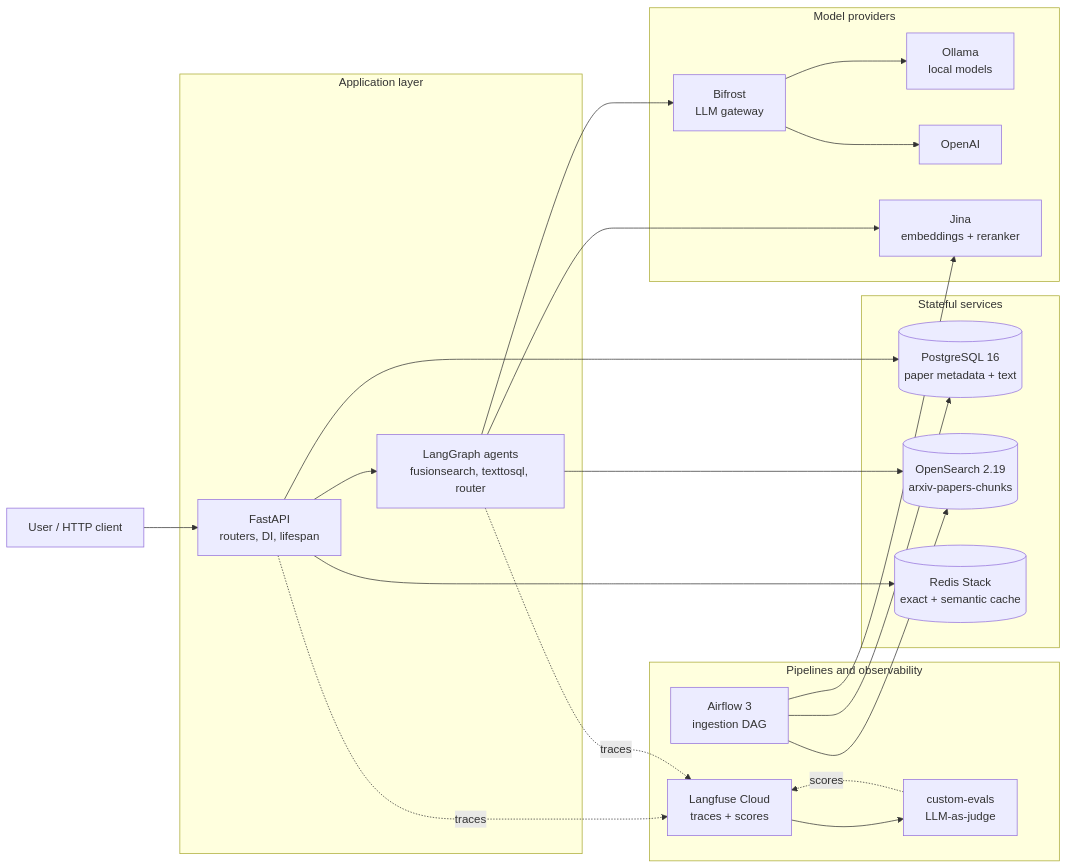
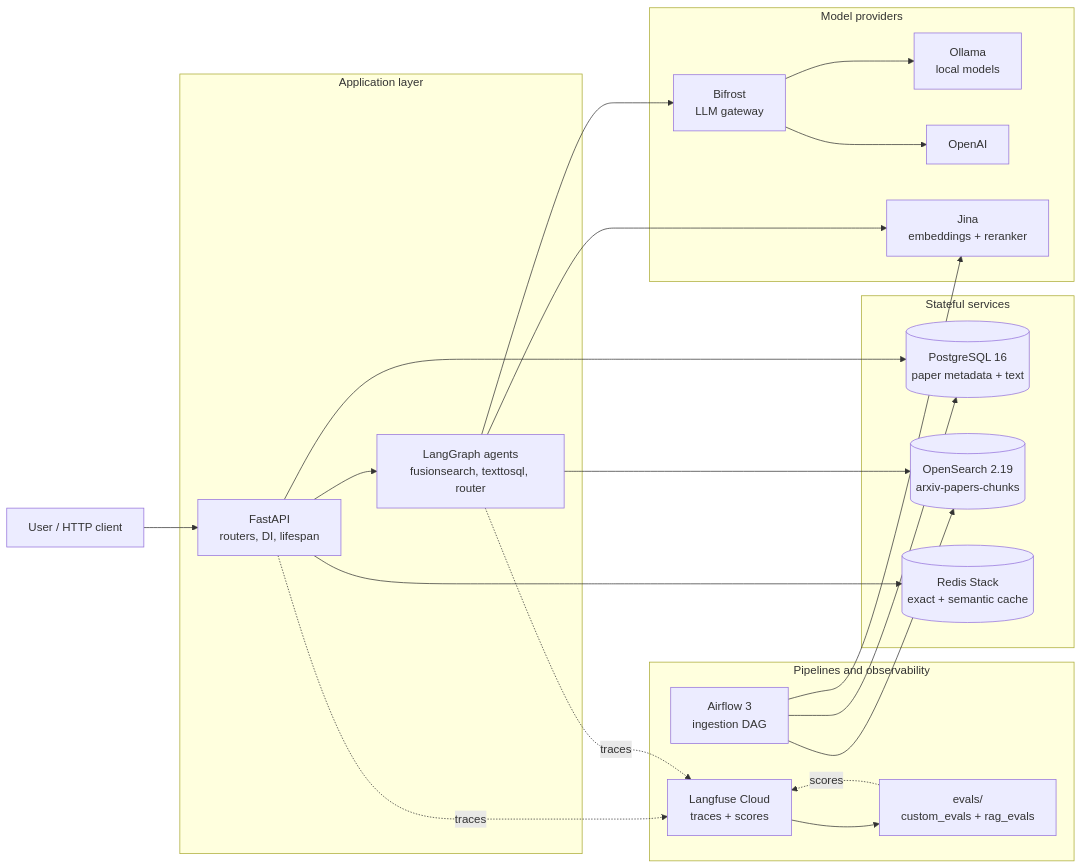
Before and after one commit to apssouza22/production-rag: the first of 11 diagrams in docs/ARTICLE.md, drawn with Mermaid. The commit also changed other lines of this file, not shown here.

````diff
--- a/docs/ARTICLE.md
+++ b/docs/ARTICLE.md
@@ -33,44 +33,44 @@
 ```mermaid
 flowchart LR
     U["User / HTTP client"] --> API
 
     subgraph app["Application layer"]
         API["FastAPI<br/>routers, DI, lifespan"]
         AG["LangGraph agents<br/>fusionsearch, texttosql, router"]
     end
 
     subgraph data["Stateful services"]
         PG[("PostgreSQL 16<br/>paper metadata + text")]
         OS[("OpenSearch 2.19<br/>arxiv-papers-chunks")]
         RD[("Redis Stack<br/>exact + semantic cache")]
     end
 
     subgraph models["Model providers"]
         BF["Bifrost<br/>LLM gateway"]
         OL["Ollama<br/>local models"]
         OA["OpenAI"]
         JI["Jina<br/>embeddings + reranker"]
     end
 
     subgraph ops["Pipelines and observability"]
         AF["Airflow 3<br/>ingestion DAG"]
         LF["Langfuse Cloud<br/>traces + scores"]
-        EV["custom-evals<br/>LLM-as-judge"]
+        EV["evals/<br/>custom_evals + rag_evals"]
     end
 
     API --> AG
     API --> RD
     API --> PG
     AG --> OS
     AG --> BF
     AG --> JI
     BF --> OL
     BF --> OA
     AF --> PG
     AF --> OS
     AF --> JI
     API -.->|"traces"| LF
     AG -.->|"traces"| LF
     LF --> EV
     EV -.->|"scores"| LF
 ```
````
